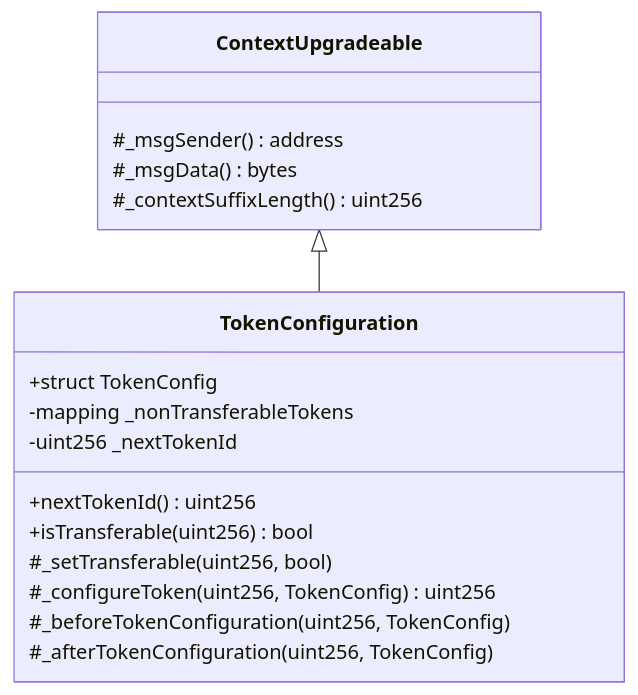
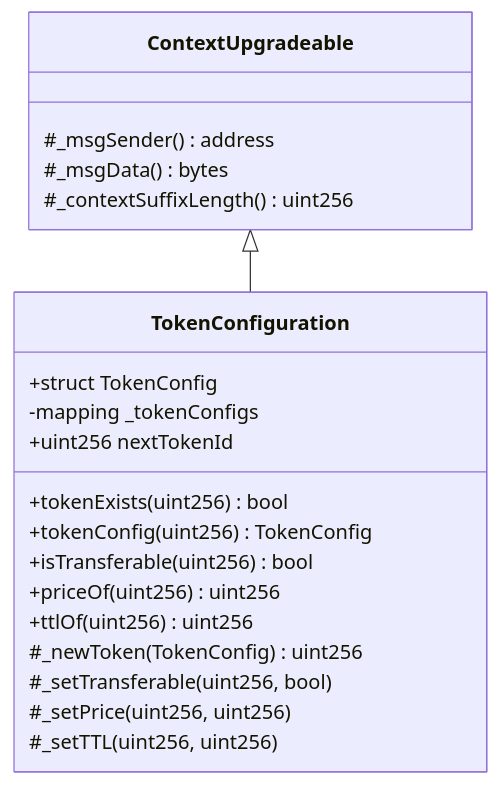
Before and after one commit to glanzz/evmauth-core: the second of 18 diagrams in src/README.md, drawn with Mermaid. The commit also changed other lines of this file, not shown here.

Commit message:
docs: update class diagrams

````diff
--- a/src/README.md
+++ b/src/README.md
@@ -256,21 +256,24 @@
 ```mermaid
 classDiagram
     class ContextUpgradeable{
         #_msgSender() address
         #_msgData() bytes
         #_contextSuffixLength() uint256
     }
     class TokenConfiguration{
         +struct TokenConfig
-        -mapping _nonTransferableTokens
-        -uint256 _nextTokenId
-        +nextTokenId() uint256
+        -mapping _tokenConfigs
+        +uint256 nextTokenId
+        +tokenExists(uint256) bool
+        +tokenConfig(uint256) TokenConfig
         +isTransferable(uint256) bool
+        +priceOf(uint256) uint256
+        +ttlOf(uint256) uint256
+        #_newToken(TokenConfig) uint256
         #_setTransferable(uint256, bool)
-        #_configureToken(uint256, TokenConfig) uint256
-        #_beforeTokenConfiguration(uint256, TokenConfig)
-        #_afterTokenConfiguration(uint256, TokenConfig)
+        #_setPrice(uint256, uint256)
+        #_setTTL(uint256, uint256)
     }
     
     ContextUpgradeable <|-- TokenConfiguration
 ```
````
